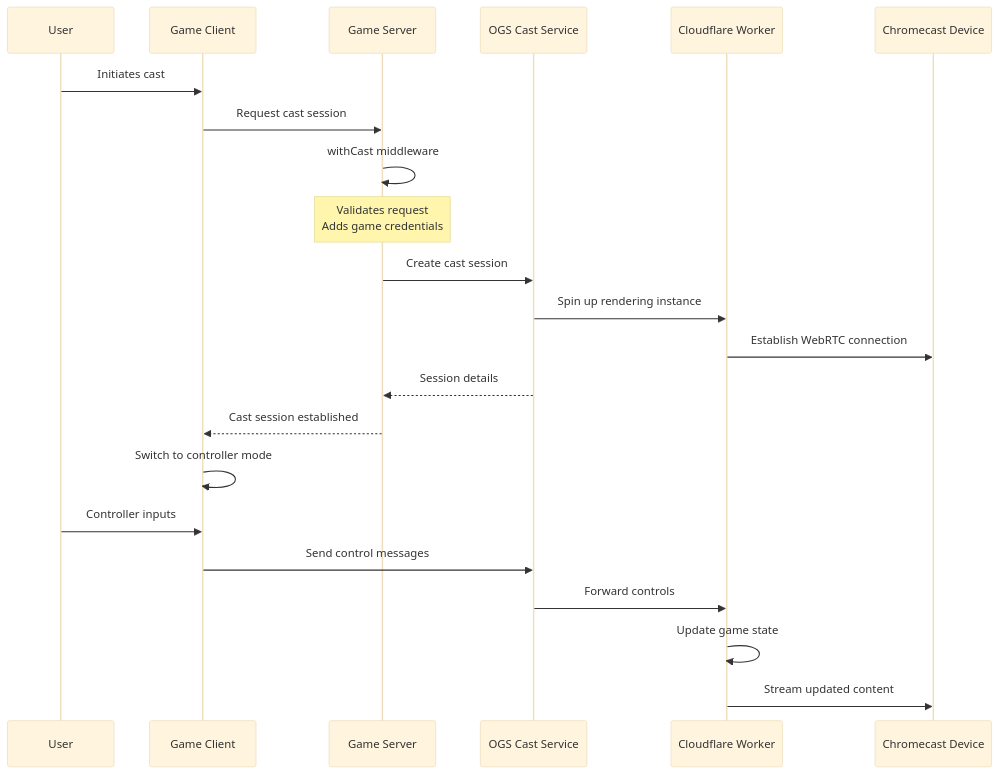
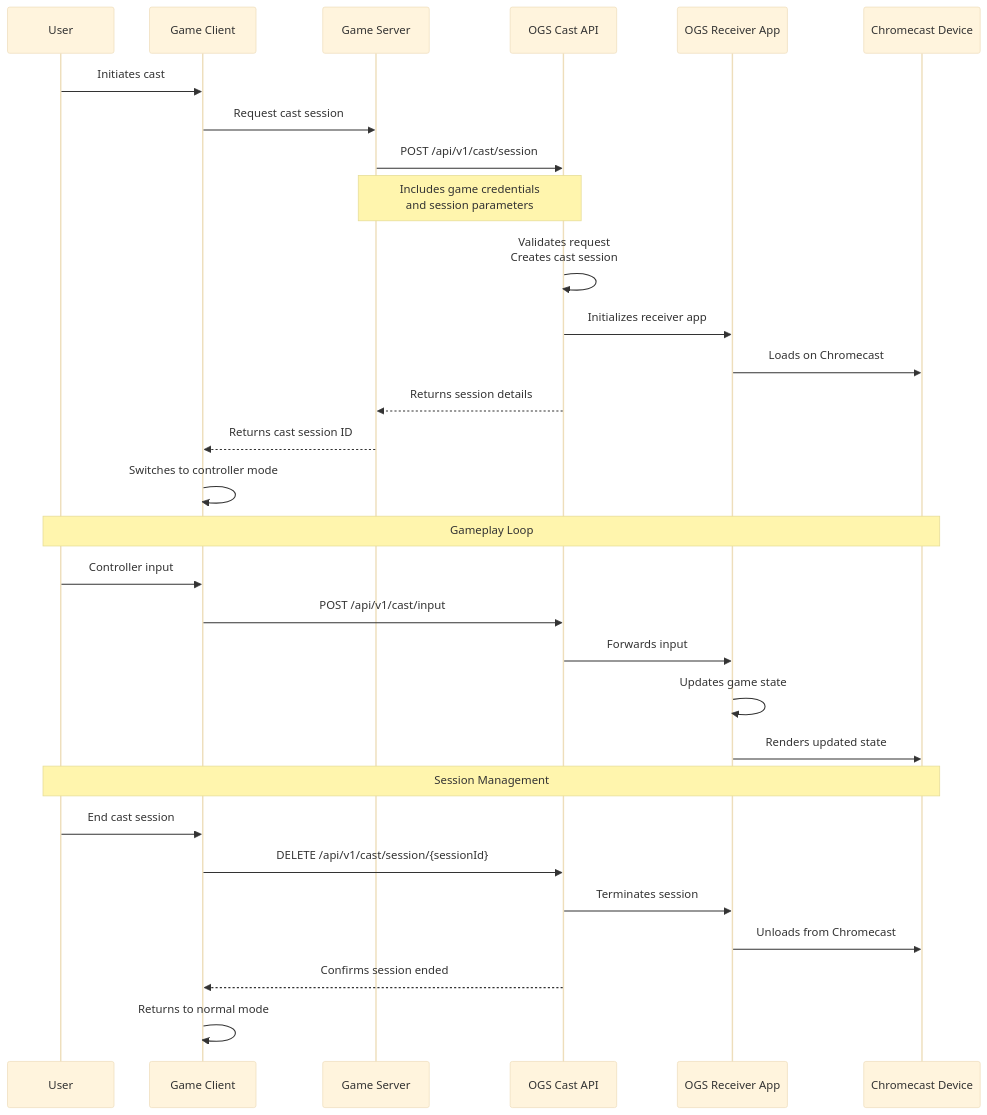
The fifth of 5 diagrams in profile/README.md (open-game-collective/.github), drawn with Mermaid (base theme) before and after one commit. The commit also changed other lines of this file, not shown here.

````diff
--- a/profile/README.md
+++ b/profile/README.md
@@ -250,25 +684,37 @@
 ```mermaid
 sequenceDiagram
-    participant User as User
+    participant User
     participant Game as Game Client
     participant GameServer as Game Server
-    participant OGSCast as OGS Cast Service
-    participant CFWorker as Cloudflare Worker
+    participant OGSCast as OGS Cast API
+    participant OGSReceiver as OGS Receiver App
     participant TV as Chromecast Device
     
     User->>Game: Initiates cast
     Game->>GameServer: Request cast session
-    GameServer->>GameServer: withCast middleware
-    Note over GameServer: Validates request<br>Adds game credentials
-    GameServer->>OGSCast: Create cast session
-    OGSCast->>CFWorker: Spin up rendering instance
-    CFWorker->>TV: Establish WebRTC connection
-    OGSCast-->>GameServer: Session details
-    GameServer-->>Game: Cast session established
-    Game->>Game: Switch to controller mode
-    User->>Game: Controller inputs
-    Game->>OGSCast: Send control messages
-    OGSCast->>CFWorker: Forward controls
-    CFWorker->>CFWorker: Update game state
-    CFWorker->>TV: Stream updated content
+    GameServer->>OGSCast: POST /api/v1/cast/session
+    Note over GameServer,OGSCast: Includes game credentials<br>and session parameters
+    OGSCast->>OGSCast: Validates request<br>Creates cast session
+    OGSCast->>OGSReceiver: Initializes receiver app
+    OGSReceiver->>TV: Loads on Chromecast
+    OGSCast-->>GameServer: Returns session details
+    GameServer-->>Game: Returns cast session ID
+    Game->>Game: Switches to controller mode
+    
+    Note over User,TV: Gameplay Loop
+    
+    User->>Game: Controller input
+    Game->>OGSCast: POST /api/v1/cast/input
+    OGSCast->>OGSReceiver: Forwards input
+    OGSReceiver->>OGSReceiver: Updates game state
+    OGSReceiver->>TV: Renders updated state
+    
+    Note over User,TV: Session Management
+    
+    User->>Game: End cast session
+    Game->>OGSCast: DELETE /api/v1/cast/session/{sessionId}
+    OGSCast->>OGSReceiver: Terminates session
+    OGSReceiver->>TV: Unloads from Chromecast
+    OGSCast-->>Game: Confirms session ended
+    Game->>Game: Returns to normal mode
 ```
````
